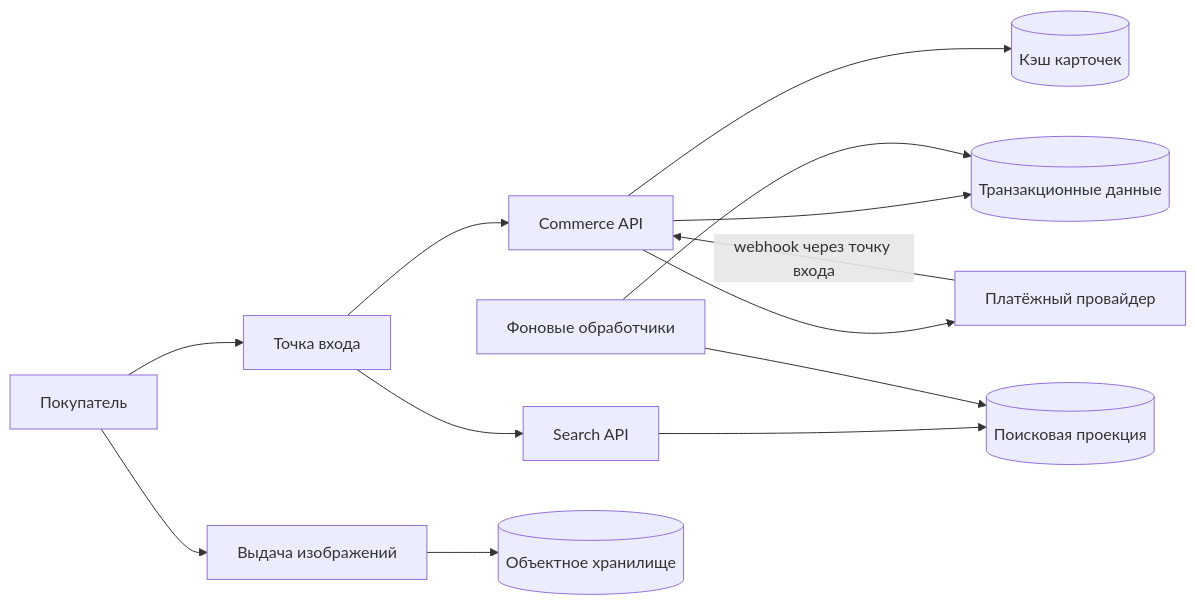
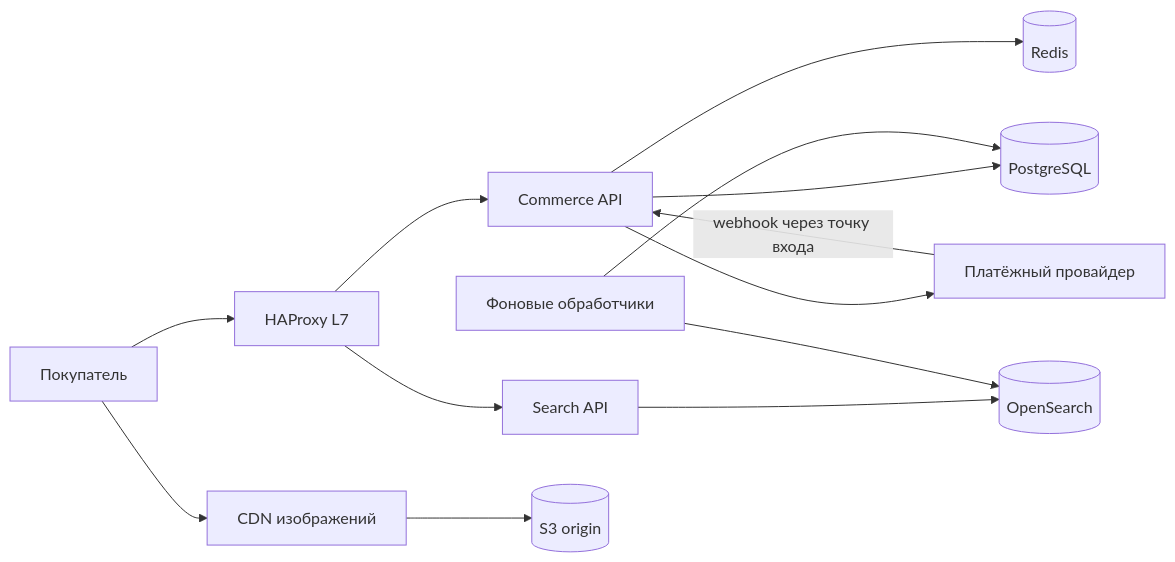
Before and after one commit to maria-igntv/hdls-ecom-project: the diagram in README.md, drawn with Mermaid. The commit also changed other lines of this file and 15 other files, not shown here.

````diff
--- a/README.md
+++ b/README.md
@@ -76,15 +85,15 @@
 ```mermaid
 flowchart LR
-    Buyer[Покупатель] --> Entry[Точка входа]
+    Buyer[Покупатель] --> Entry[HAProxy L7]
     Entry --> Commerce[Commerce API]
     Entry --> Search[Search API]
-    Commerce --> DB[(Транзакционные данные)]
-    Commerce --> Cache[(Кэш карточек)]
-    Search --> Index[(Поисковая проекция)]
+    Commerce --> DB[(PostgreSQL)]
+    Commerce --> Cache[(Redis)]
+    Search --> Index[(OpenSearch)]
     Workers[Фоновые обработчики] --> DB
     Workers --> Index
     Commerce --> Provider[Платёжный провайдер]
     Provider -->|webhook через точку входа| Commerce
-    Buyer --> Media[Выдача изображений]
-    Media --> Objects[(Объектное хранилище)]
+    Buyer --> Media[CDN изображений]
+    Media --> Objects[(S3 origin)]
 ```
````
